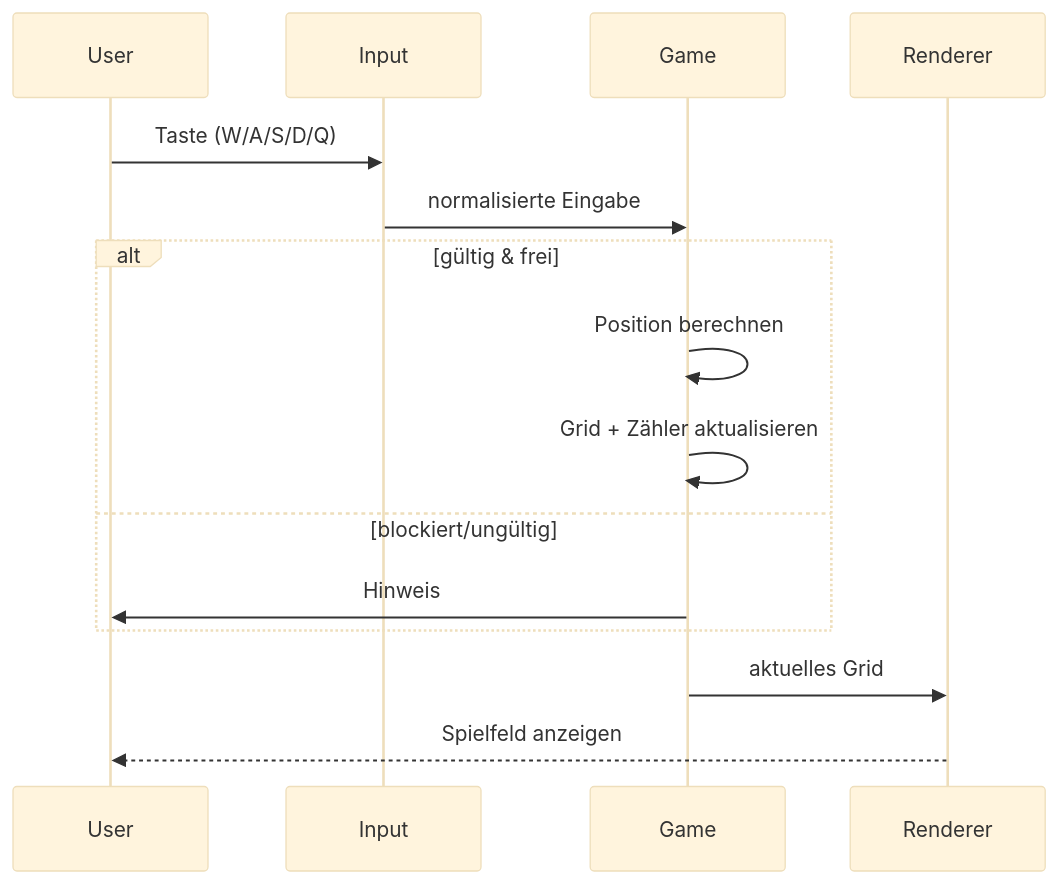
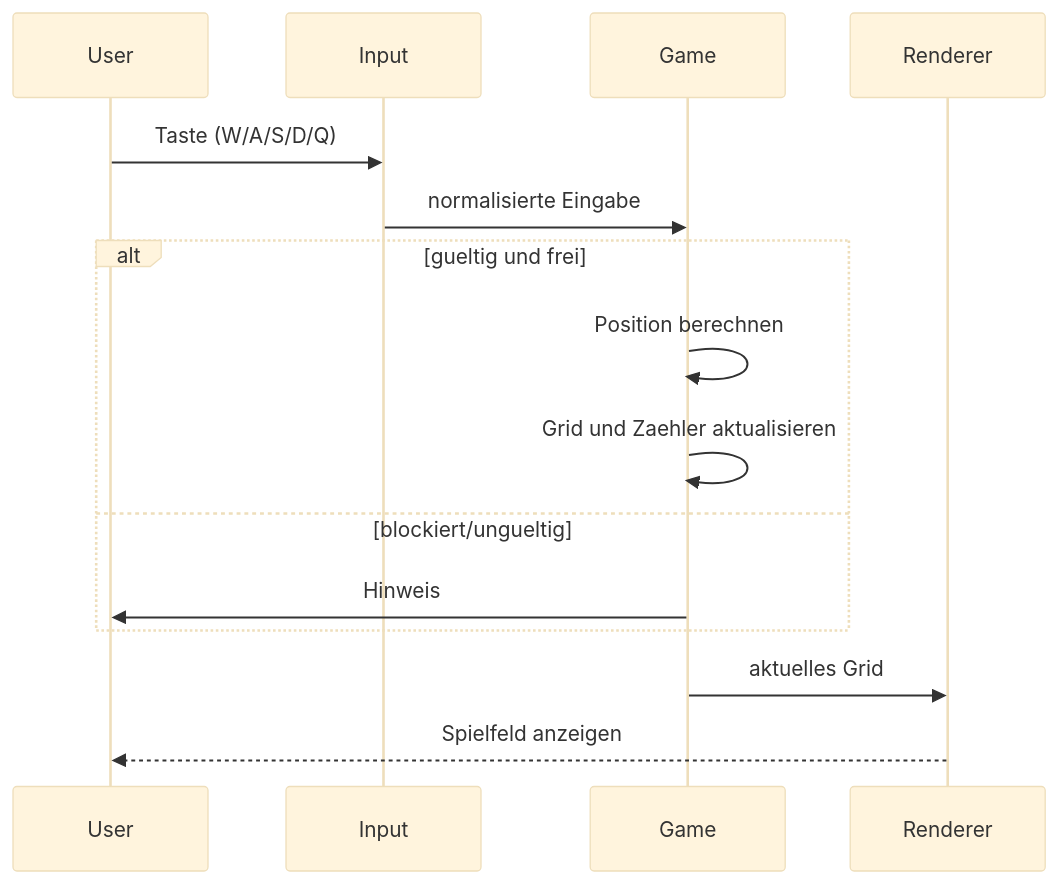
Before and after one commit to SalihSan54/PROT-B: the sixth of 6 diagrams in Labyrinth/docs/diagramme.md, drawn with Mermaid (base theme). The commit also changed other lines of this file, not shown here.

Commit message:
Docs: Diagramme aktualisiert

````diff
--- a/Labyrinth/docs/diagramme.md
+++ b/Labyrinth/docs/diagramme.md
@@ -128,18 +109,18 @@
 ```mermaid
 sequenceDiagram
   participant U as User
   participant I as Input
   participant G as Game
   participant R as Renderer
 
   U->>I: Taste (W/A/S/D/Q)
   I->>G: normalisierte Eingabe
-  alt gültig & frei
+  alt gueltig und frei
     G->>G: Position berechnen
-    G->>G: Grid + Zähler aktualisieren
-  else blockiert/ungültig
+    G->>G: Grid und Zaehler aktualisieren
+  else blockiert/ungueltig
     G->>U: Hinweis
   end
   G->>R: aktuelles Grid
   R-->>U: Spielfeld anzeigen
 ```
````
